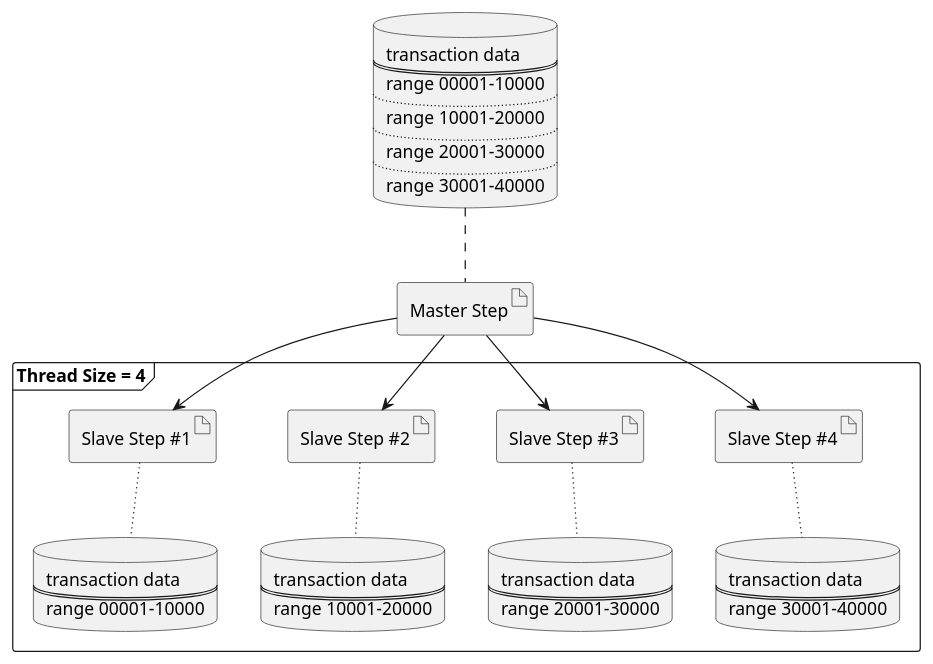
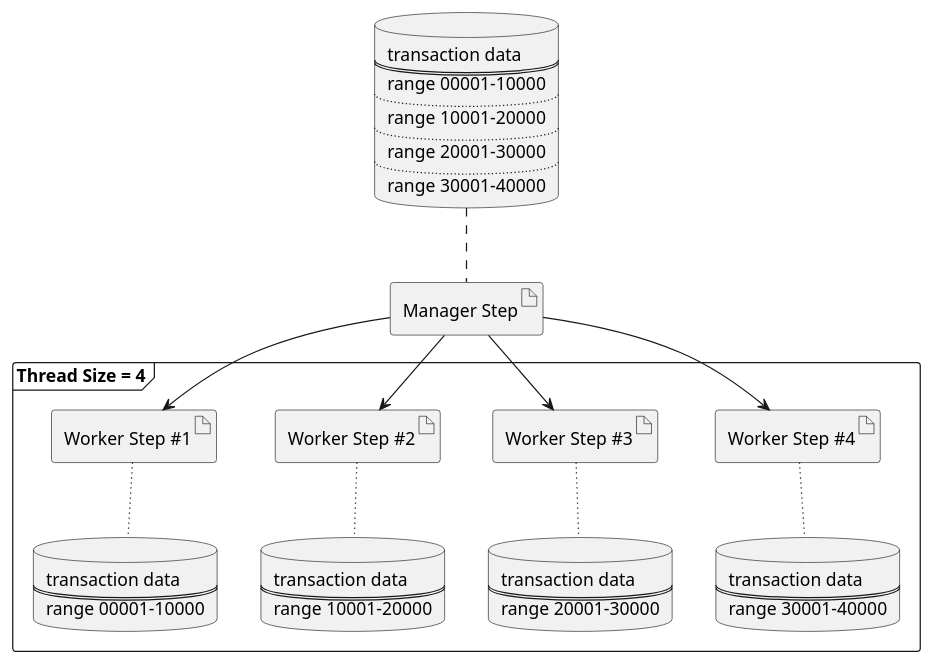
One commit to Macchinetta/batch-guideline changed the diagram in src/main/asciidoc/images/ch08/ParallelAndMultiple/Ch08_ParallelAndMultiple_Partitioing_fixed.pu. Above: the diagram before and after it, drawn with PlantUML. The commit also changed 125 other files, not shown here.

```diff
--- a/src/main/asciidoc/images/ch08/ParallelAndMultiple/Ch08_ParallelAndMultiple_Partitioing_fixed.pu
+++ b/src/main/asciidoc/images/ch08/ParallelAndMultiple/Ch08_ParallelAndMultiple_Partitioing_fixed.pu
@@ -1,96 +1,96 @@
 @startuml
 
-artifact "Master Step" as master
+artifact "Manager Step" as manager
 database db0 [
 transaction data
 ====
 range 00001-10000
 ....
 range 10001-20000
 ....
 range 20001-30000
 ....
 range 30001-40000
 ]
 
 frame "Thread Size = 4" {
-  artifact "Slave Step #4" as slave4
-  artifact "Slave Step #3" as slave3
-  artifact "Slave Step #2" as slave2
-  artifact "Slave Step #1" as slave1
+  artifact "Worker Step #4" as worker4
+  artifact "Worker Step #3" as worker3
+  artifact "Worker Step #2" as worker2
+  artifact "Worker Step #1" as worker1
 
 database db1 [
 transaction data
 ====
 range 00001-10000
 ]
 
 database db2 [
 transaction data
 ====
 range 10001-20000
 ]
 
 database db3 [
 transaction data
 ====
 range 20001-30000
 ]
 
 database db4 [
 transaction data
 ====
 range 30001-40000
 ]
 }
 
-master .up. db0
+manager .up. db0
 
-master -down-> slave1
-master -down-> slave2
-master -down-> slave3
-master -down-> slave4
+manager -down-> worker1
+manager -down-> worker2
+manager -down-> worker3
+manager -down-> worker4
 
-slave1 ~down~ db1
-slave2 ~down~ db2
-slave3 ~down~ db3
-slave4 ~down~ db4
+worker1 ~down~ db1
+worker2 ~down~ db2
+worker3 ~down~ db3
+worker4 ~down~ db4
 
 'Set styles such as format and color of each figure
 skinparam Note {
   BackgroundColor #b1f8fa
   BorderColor black
 }
 
 skinparam Class {
   BorderColor black
   ArrowColor black
 }
 
 skinparam Activity {
   BorderColor black
   ArrowColor black
 }
 
 skinparam Sequence {
   BorderColor black
   ActorBorderColor black
   ArrowColor black
   LifeLineBorderColor black
   BoxLineColor black
   ParticipantBorderColor black
 }
 
 skinparam componentStyle uml2
 
 skinparam Component {
   BorderColor black
   ArrowColor black
 }
 
 skinparam Interface {
   BorderColor black
   ArrowColor black
 }
 
 @enduml
```
